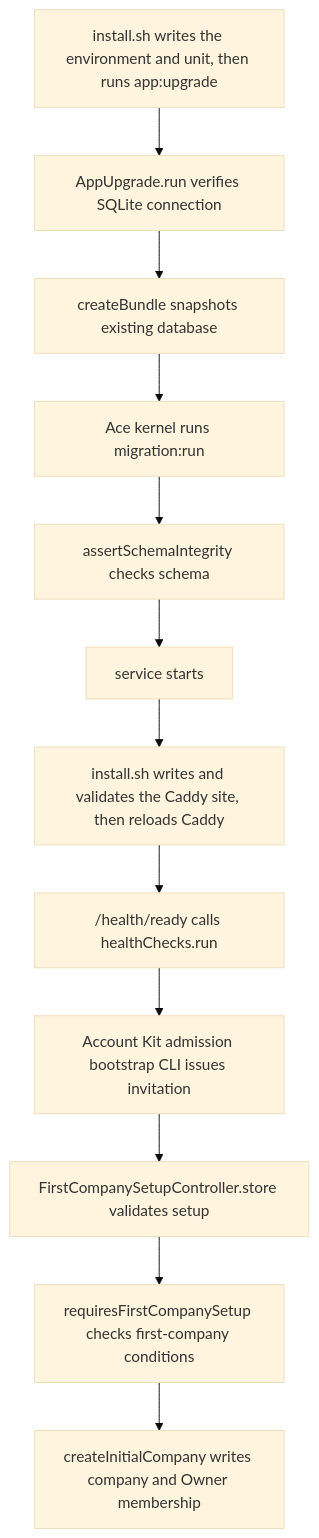
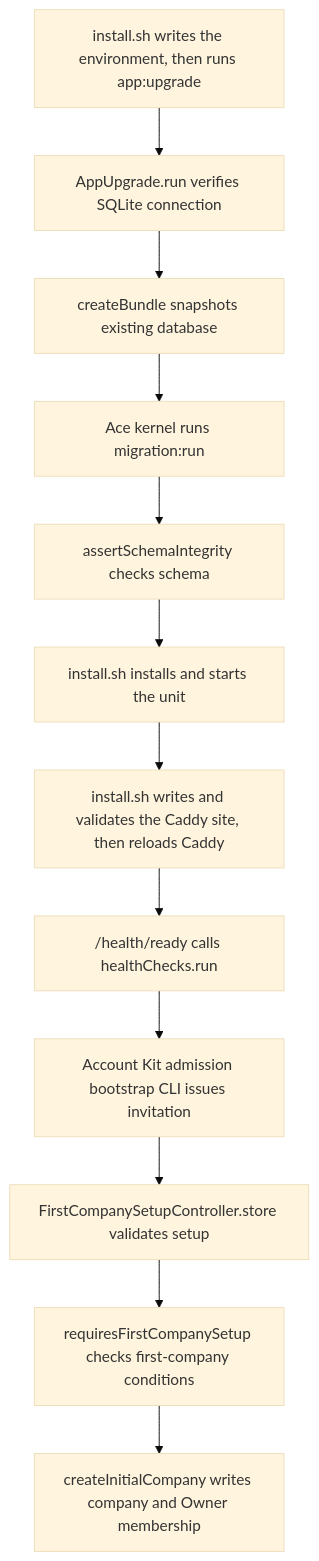
The second of 2 diagrams in user-stories/installation/US-INS-01-install-one-agency.md (Kevinjohn/capacitylens), drawn with Mermaid (base theme) before and after one commit. The commit also changed 8 other files, not shown here.

````diff
--- a/user-stories/installation/US-INS-01-install-one-agency.md
+++ b/user-stories/installation/US-INS-01-install-one-agency.md
@@ -37,14 +37,14 @@
 ```mermaid
 flowchart TD
-  installer["install.sh writes the environment and unit, then runs app:upgrade"] --> upgrade["AppUpgrade.run verifies SQLite connection"]
+  installer["install.sh writes the environment, then runs app:upgrade"] --> upgrade["AppUpgrade.run verifies SQLite connection"]
   upgrade --> backup["createBundle snapshots existing database"]
   backup --> migrate["Ace kernel runs migration:run"]
   migrate --> integrity["assertSchemaIntegrity checks schema"]
-  integrity --> service["service starts"]
+  integrity --> service["install.sh installs and starts the unit"]
   service --> caddy["install.sh writes and validates the Caddy site, then reloads Caddy"]
   caddy --> ready["/health/ready calls healthChecks.run"]
   ready --> bootstrap["Account Kit admission bootstrap CLI issues invitation"]
   bootstrap --> browser["FirstCompanySetupController.store validates setup"]
   browser --> guard["requiresFirstCompanySetup checks first-company conditions"]
   guard --> create["createInitialCompany writes company and Owner membership"]
 ```
````
